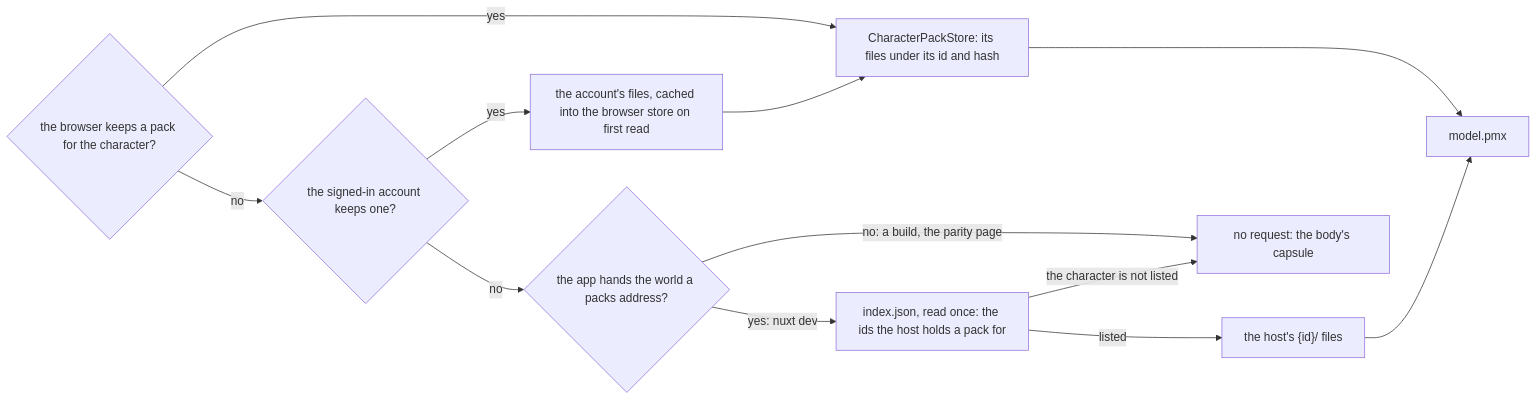
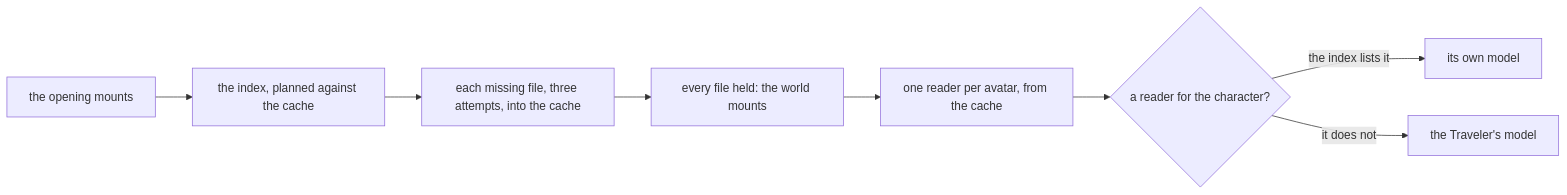
The diagram in openspec/specs/genshin/characters/README.md (Esposter/Esposter), drawn with Mermaid before and after one commit. The commit also changed other lines of this file and 5 other files, not shown here.

First line of the commit message:
docs(genshin): the characters pages describe the world reading the published packs

````diff
--- a/openspec/specs/genshin/characters/README.md
+++ b/openspec/specs/genshin/characters/README.md
@@ -19,14 +21,10 @@
 ```mermaid
 flowchart LR
-  KEPT{"the browser keeps a pack for the character?"} -->|yes| STORE["CharacterPackStore: its files under its id and hash"]
-  KEPT -->|no| ACCOUNT{"the signed-in account keeps one?"}
-  ACCOUNT -->|yes| CACHE["the account's files, cached into the browser store on first read"]
-  ACCOUNT -->|no| BASE{"the app hands the world a packs address?"}
-  BASE -->|"no: a build, the parity page"| NONE["no request: the body's capsule"]
-  BASE -->|"yes: nuxt dev"| INDEX["index.json, read once: the ids the host holds a pack for"]
-  INDEX -->|"the character is not listed"| NONE
-  INDEX -->|listed| HOST["the host's {id}/ files"]
-  STORE --> MODELFILE["model.pmx"]
-  CACHE --> STORE
-  HOST --> MODELFILE
+  OPEN["the opening mounts"] --> PLAN["the index, planned against the cache"]
+  PLAN --> FETCH["each missing file, three attempts, into the cache"]
+  FETCH --> HELD["every file held: the world mounts"]
+  HELD --> GATE["one reader per avatar, from the cache"]
+  GATE --> DRAW{"a reader for the character?"}
+  DRAW -->|"the index lists it"| OWN["its own model"]
+  DRAW -->|"it does not"| TRAVELER["the Traveler's model"]
 ```
````
